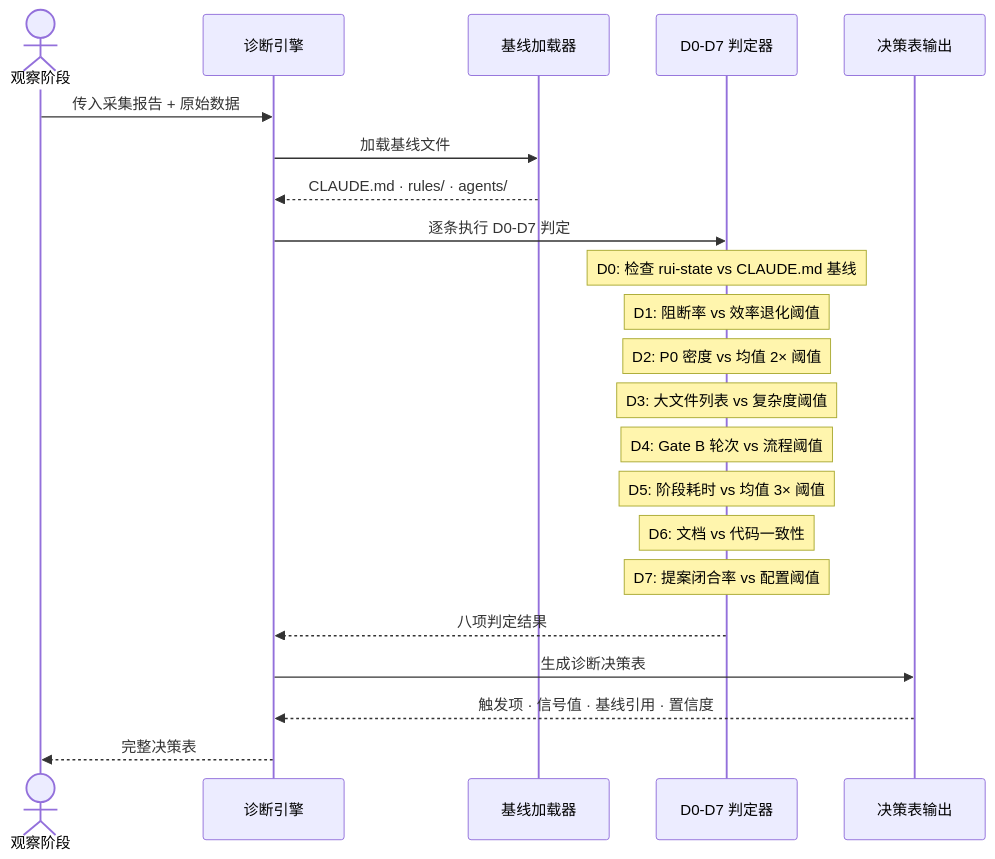
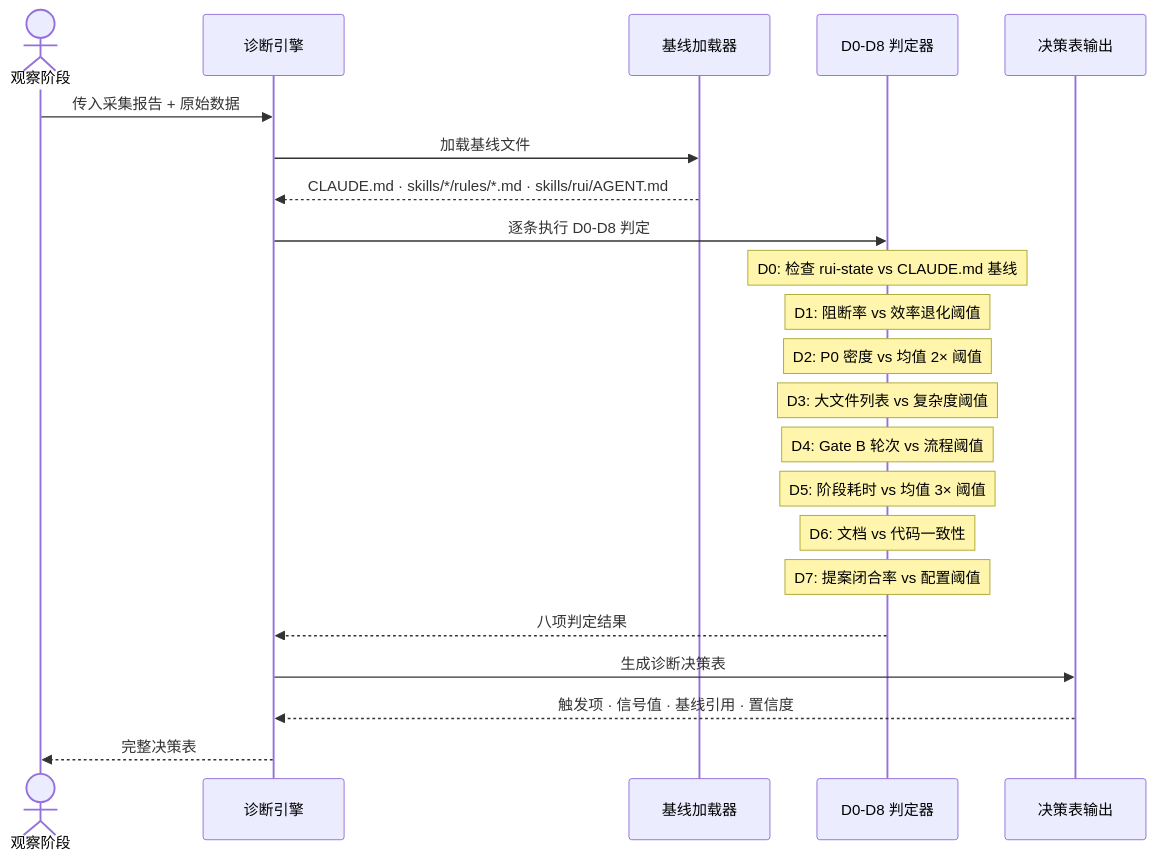
The second of 3 diagrams in cdn/yry-selfimprove-panel/scenes/场景-2-诊断引擎/index.md (effiy/YrY), drawn with Mermaid before and after one commit. The commit also changed other lines of this file and 1028 other files, not shown here.

````diff
--- a/cdn/yry-selfimprove-panel/scenes/场景-2-诊断引擎/index.md
+++ b/cdn/yry-selfimprove-panel/scenes/场景-2-诊断引擎/index.md
@@ -71,27 +72,27 @@
 ```mermaid
 sequenceDiagram
     actor OBS as 观察阶段
     participant DIAG as 诊断引擎
     participant BASE as 基线加载器
-    participant D0D7 as D0-D7 判定器
+    participant D0D7 as D0-D8 判定器
     participant TABLE as 决策表输出
 
     OBS->>DIAG: 传入采集报告 + 原始数据
     DIAG->>BASE: 加载基线文件
-    BASE-->>DIAG: CLAUDE.md · rules/ · agents/
-    DIAG->>D0D7: 逐条执行 D0-D7 判定
+    BASE-->>DIAG: CLAUDE.md · skills/*/rules/*.md · skills/rui/AGENT.md
+    DIAG->>D0D7: 逐条执行 D0-D8 判定
 
     Note over D0D7: D0: 检查 rui-state vs CLAUDE.md 基线
     Note over D0D7: D1: 阻断率 vs 效率退化阈值
     Note over D0D7: D2: P0 密度 vs 均值 2× 阈值
     Note over D0D7: D3: 大文件列表 vs 复杂度阈值
     Note over D0D7: D4: Gate B 轮次 vs 流程阈值
     Note over D0D7: D5: 阶段耗时 vs 均值 3× 阈值
     Note over D0D7: D6: 文档 vs 代码一致性
     Note over D0D7: D7: 提案闭合率 vs 配置阈值
 
     D0D7-->>DIAG: 八项判定结果
     DIAG->>TABLE: 生成诊断决策表
     TABLE-->>DIAG: 触发项 · 信号值 · 基线引用 · 置信度
     DIAG-->>OBS: 完整决策表
 ```
````
